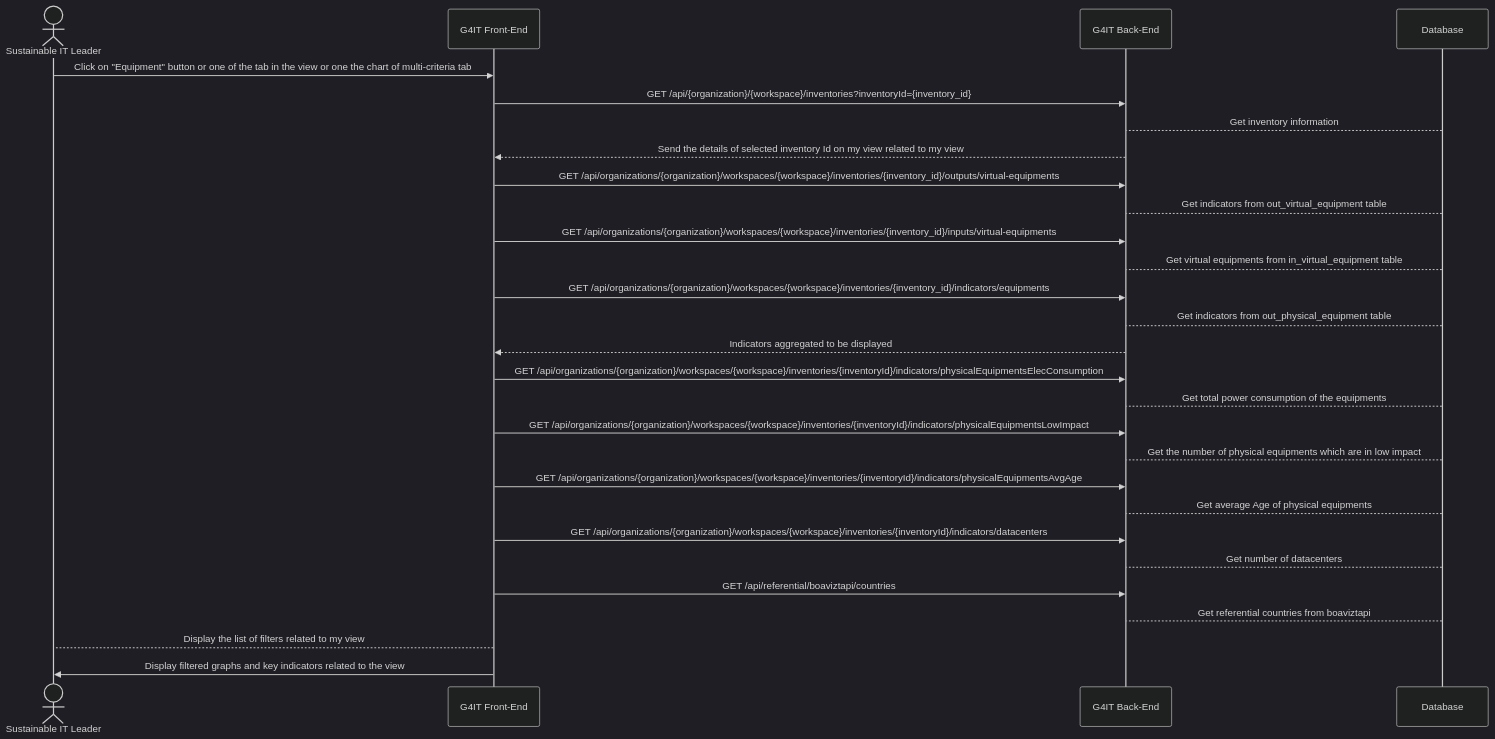
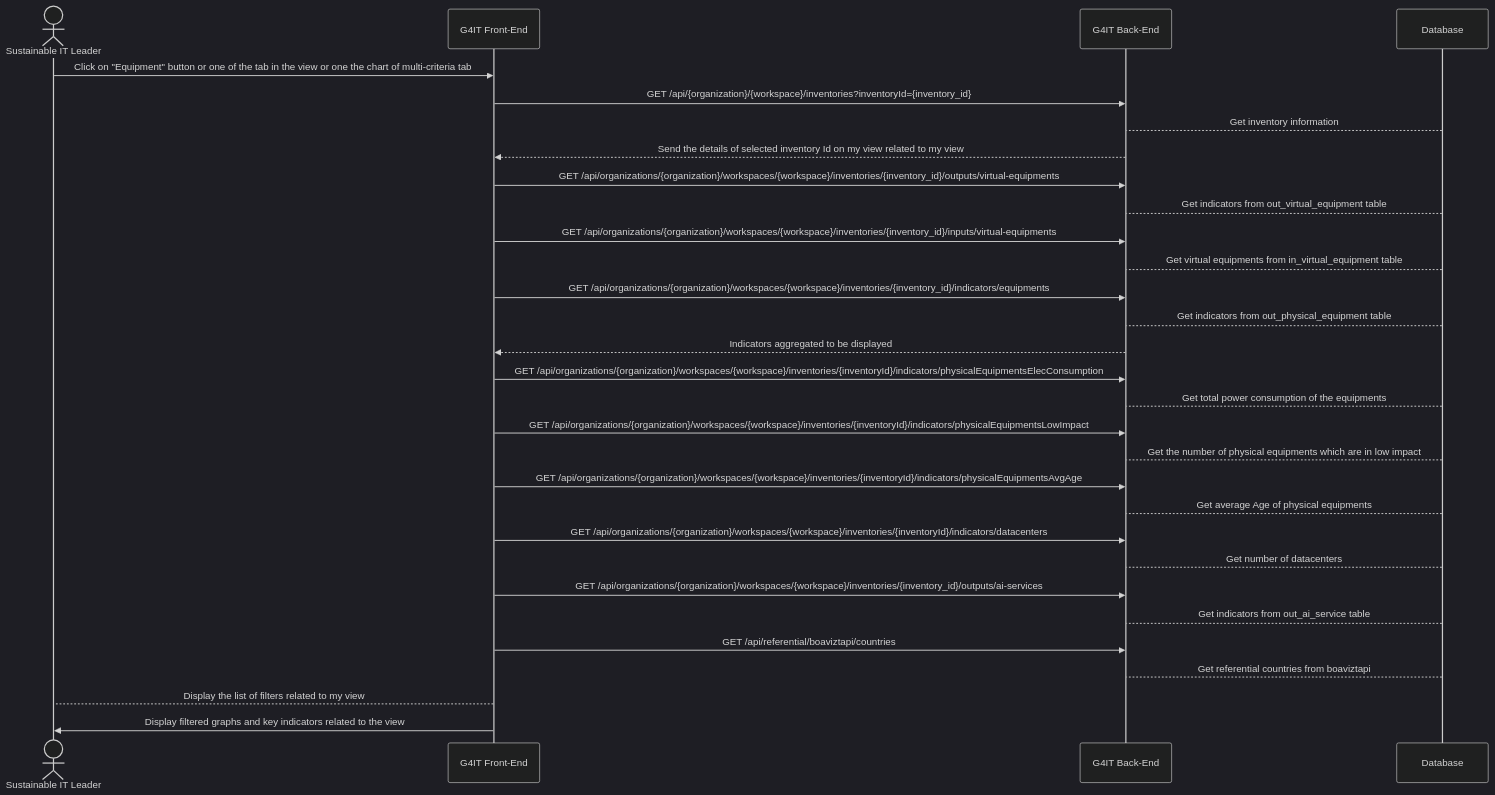
One commit to teamg4it/g4it changed the second of 2 diagrams in services/documentation/content/2-functional-documentation/use_cases/uc_inventory/uc5_visualize_equipment_footprint.md. Above: the diagram before and after it, drawn with Mermaid (dark theme). The commit also changed 11 other files, not shown here.

```diff
--- a/services/documentation/content/2-functional-documentation/use_cases/uc_inventory/uc5_visualize_equipment_footprint.md
+++ b/services/documentation/content/2-functional-documentation/use_cases/uc_inventory/uc5_visualize_equipment_footprint.md
@@ -169,31 +169,33 @@
 {{< mermaid >}}
 sequenceDiagram
 actor RND as Sustainable IT Leader
 participant front as G4IT Front-End
 participant back as G4IT Back-End
 participant Database
 RND ->> front: Click on "Equipment" button or one of the tab in the view or one the chart of multi-criteria tab
 front ->> back: GET /api/{organization}/{workspace}/inventories?inventoryId={inventory_id}
 Database--> back: Get inventory information
 back -->> front: Send the details of selected inventory Id on my view related to my view
 front ->> back: GET /api/organizations/{organization}/workspaces/{workspace}/inventories/{inventory_id}/outputs/virtual-equipments
 Database--> back: Get indicators from out_virtual_equipment table
 front ->> back: GET /api/organizations/{organization}/workspaces/{workspace}/inventories/{inventory_id}/inputs/virtual-equipments
 Database--> back: Get virtual equipments from in_virtual_equipment table
 front ->> back: GET /api/organizations/{organization}/workspaces/{workspace}/inventories/{inventory_id}/indicators/equipments
 Database--> back: Get indicators from out_physical_equipment table
 back -->> front: Indicators aggregated to be displayed
 front ->> back: GET /api/organizations/{organization}/workspaces/{workspace}/inventories/{inventoryId}/indicators/physicalEquipmentsElecConsumption
 Database --> back : Get total power consumption of the equipments
 front ->> back: GET /api/organizations/{organization}/workspaces/{workspace}/inventories/{inventoryId}/indicators/physicalEquipmentsLowImpact
 Database --> back : Get the number of physical equipments which are in low impact
 front ->> back: GET /api/organizations/{organization}/workspaces/{workspace}/inventories/{inventoryId}/indicators/physicalEquipmentsAvgAge
 Database --> back : Get average Age of physical equipments
 front ->> back: GET /api/organizations/{organization}/workspaces/{workspace}/inventories/{inventoryId}/indicators/datacenters
 Database --> back : Get number of datacenters
+front ->> back: GET /api/organizations/{organization}/workspaces/{workspace}/inventories/{inventory_id}/outputs/ai-services
+Database--> back: Get indicators from out_ai_service table
 front ->> back: GET /api/referential/boaviztapi/countries
 Database --> back : Get referential countries from boaviztapi
 front --> RND: Display the list of filters related to my view
 front ->> RND: Display filtered graphs and key indicators related to the view
 
 {{< /mermaid >}}
```
